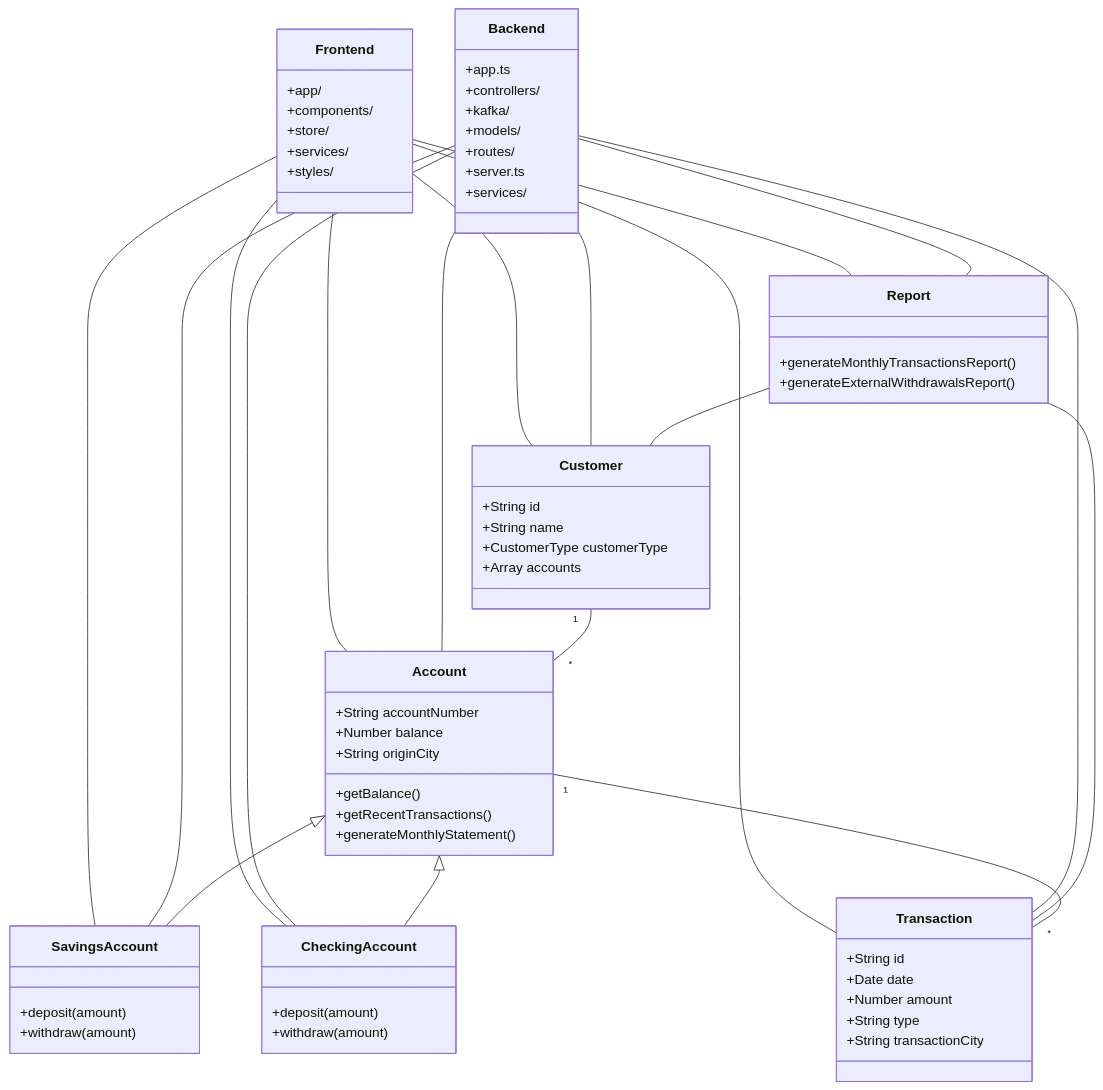
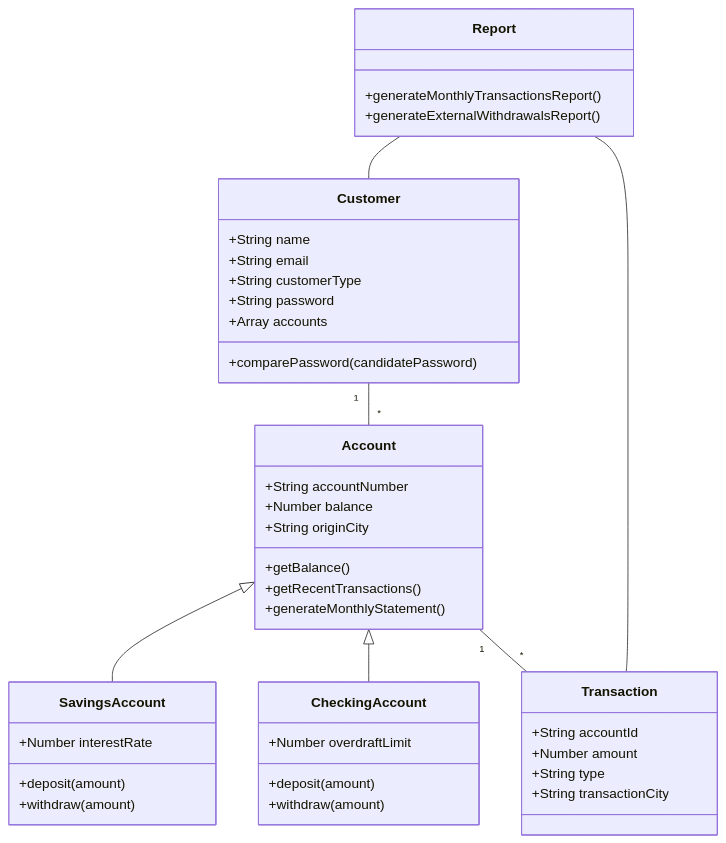
The diagram in README.md (andylopezr/bluesoft), drawn with Mermaid before and after one commit. The commit also changed other lines of this file, not shown here.

````diff
--- a/README.md
+++ b/README.md
@@ -18,71 +18,46 @@
 ```mermaid
 classDiagram
     class Account {
         +String accountNumber
         +Number balance
         +String originCity
         +getBalance()
         +getRecentTransactions()
         +generateMonthlyStatement()
     }
     class SavingsAccount {
+        +Number interestRate
         +deposit(amount)
         +withdraw(amount)
     }
     class CheckingAccount {
+        +Number overdraftLimit
         +deposit(amount)
         +withdraw(amount)
     }
     class Customer {
-        +String id
         +String name
-        +CustomerType customerType
+        +String email
+        +String customerType
+        +String password
         +Array accounts
+        +comparePassword(candidatePassword)
     }
     class Transaction {
-        +String id
-        +Date date
+        +String accountId
         +Number amount
         +String type
         +String transactionCity
     }
     class Report {
         +generateMonthlyTransactionsReport()
         +generateExternalWithdrawalsReport()
     }
-    class Backend {
-        +app.ts
-        +controllers/
-        +kafka/
-        +models/
-        +routes/
-        +server.ts
-        +services/
-    }
-    class Frontend {
-        +app/
-        +components/
-        +store/
-        +services/
-        +styles/
-    }
     
     Account <|-- SavingsAccount
     Account <|-- CheckingAccount
     Customer "1" -- "*" Account
     Account "1" -- "*" Transaction
     Report -- Customer
     Report -- Transaction
-    Backend -- Account
-    Backend -- SavingsAccount
-    Backend -- CheckingAccount
-    Backend -- Customer
-    Backend -- Transaction
-    Backend -- Report
-    Frontend -- Account
-    Frontend -- SavingsAccount
-    Frontend -- CheckingAccount
-    Frontend -- Customer
-    Frontend -- Transaction
-    Frontend -- Report
 ```
````
